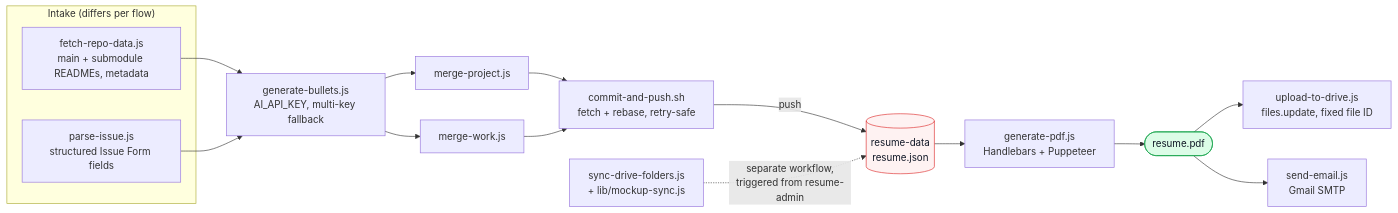
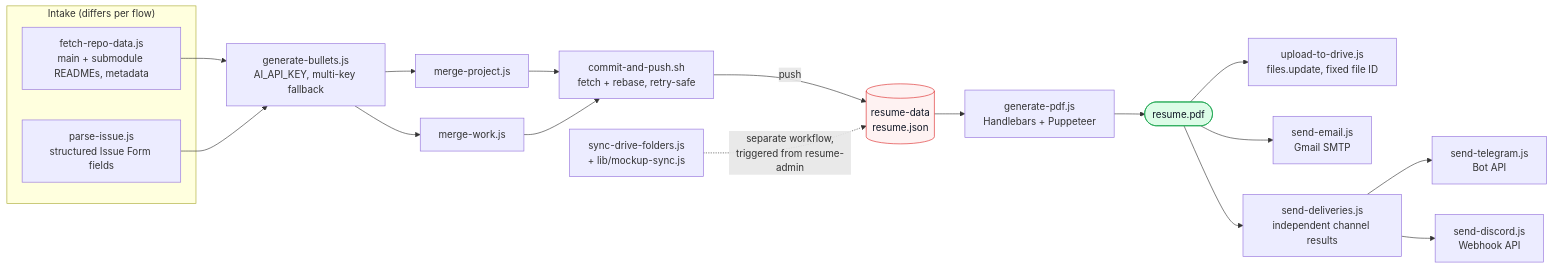
One commit to ChamathDilshanC/resume-core changed the second of 2 diagrams in README.md. Above: the diagram before and after it, drawn with Mermaid. The commit also changed other lines of this file and 10 other files, not shown here.

Commit message:
feat: add Telegram and Discord resume delivery

````diff
--- a/README.md
+++ b/README.md
@@ -67,28 +67,31 @@
 ```mermaid
 flowchart LR
     subgraph INTAKE["Intake (differs per flow)"]
         FR["fetch-repo-data.js<br/>main + submodule READMEs, metadata"]
         PI["parse-issue.js<br/>structured Issue Form fields"]
     end
 
     FR --> GB["generate-bullets.js<br/>AI_API_KEY, multi-key fallback"]
     PI --> GB
 
     GB --> MP["merge-project.js"]
     GB --> MW["merge-work.js"]
 
     MP --> CP["commit-and-push.sh<br/>fetch + rebase, retry-safe"]
     MW --> CP
     CP -->|push| DATA[("resume-data<br/>resume.json")]
 
     DATA --> GEN["generate-pdf.js<br/>Handlebars + Puppeteer"]
     GEN --> PDF(["resume.pdf"])
 
     PDF --> UP["upload-to-drive.js<br/>files.update, fixed file ID"]
     PDF --> EM["send-email.js<br/>Gmail SMTP"]
+    PDF --> DL["send-deliveries.js<br/>independent channel results"]
+    DL --> TG["send-telegram.js<br/>Bot API"]
+    DL --> DC["send-discord.js<br/>Webhook API"]
 
     SDF["sync-drive-folders.js<br/>+ lib/mockup-sync.js"] -.->|"separate workflow,<br/>triggered from resume-admin"| DATA
 
     style DATA fill:#fef2f2,stroke:#dc2626,color:#111827
     style PDF fill:#dcfce7,stroke:#16a34a,color:#111827
 ```
````
